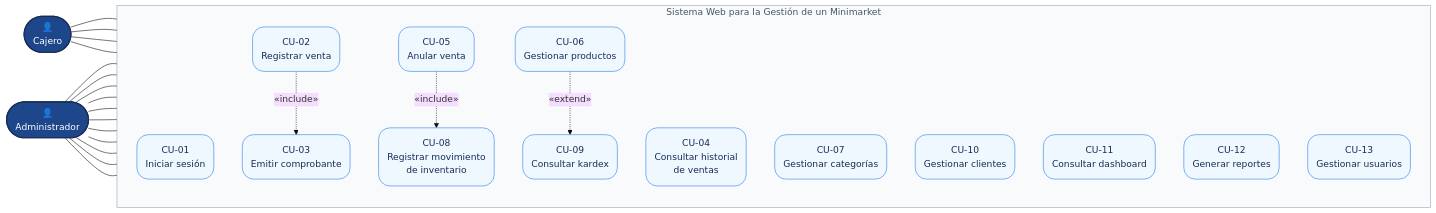
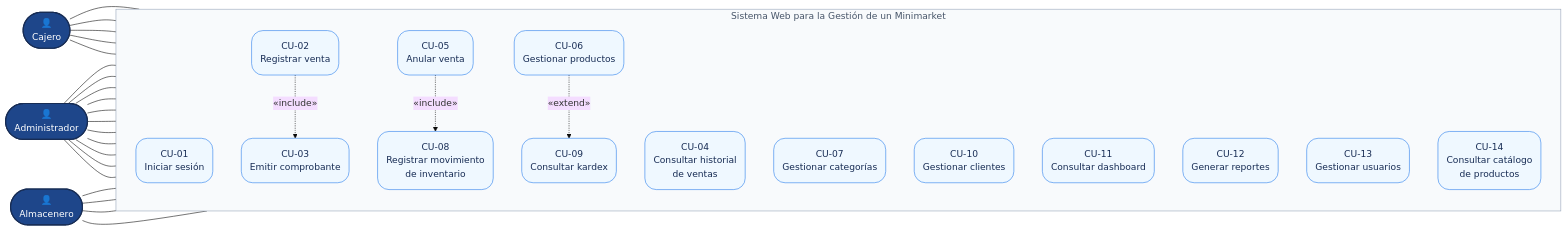
One commit to ANDREGR2026/minimarket-el-ahorro changed the diagram in docs/diagramas/01_casos_de_uso.mmd. Above: the diagram before and after it, drawn with Mermaid (base theme). The commit also changed 24 other files, not shown here.

```diff
--- a/docs/diagramas/01_casos_de_uso.mmd
+++ b/docs/diagramas/01_casos_de_uso.mmd
@@ -1,48 +1,56 @@
 flowchart LR
     classDef actor fill:#1e468a,stroke:#172c54,color:#ffffff,stroke-width:2px
     classDef caso fill:#eff8ff,stroke:#257aeb,color:#172c54,rx:20,ry:20
     classDef sistema fill:#f8fafc,stroke:#94a3b8,color:#475569
 
     ADMIN(["👤<br/>Administrador"]):::actor
     CAJERO(["👤<br/>Cajero"]):::actor
+    ALMACENERO(["👤<br/>Almacenero"]):::actor
 
     subgraph SISTEMA["Sistema Web para la Gestión de un Minimarket"]
         direction TB
 
         CU01("CU-01<br/>Iniciar sesión"):::caso
         CU02("CU-02<br/>Registrar venta"):::caso
         CU03("CU-03<br/>Emitir comprobante"):::caso
         CU04("CU-04<br/>Consultar historial<br/>de ventas"):::caso
         CU05("CU-05<br/>Anular venta"):::caso
         CU06("CU-06<br/>Gestionar productos"):::caso
         CU07("CU-07<br/>Gestionar categorías"):::caso
         CU08("CU-08<br/>Registrar movimiento<br/>de inventario"):::caso
         CU09("CU-09<br/>Consultar kardex"):::caso
         CU10("CU-10<br/>Gestionar clientes"):::caso
         CU11("CU-11<br/>Consultar dashboard"):::caso
         CU12("CU-12<br/>Generar reportes"):::caso
         CU13("CU-13<br/>Gestionar usuarios"):::caso
+        CU14("CU-14<br/>Consultar catálogo<br/>de productos"):::caso
     end
 
     class SISTEMA sistema
 
     CAJERO --- CU01
     CAJERO --- CU02
     CAJERO --- CU04
     CAJERO --- CU10
+    CAJERO --- CU14
 
     ADMIN --- CU01
     ADMIN --- CU02
     ADMIN --- CU05
     ADMIN --- CU06
     ADMIN --- CU07
     ADMIN --- CU08
     ADMIN --- CU09
     ADMIN --- CU10
     ADMIN --- CU11
     ADMIN --- CU12
     ADMIN --- CU13
 
+    ALMACENERO --- CU01
+    ALMACENERO --- CU08
+    ALMACENERO --- CU09
+    ALMACENERO --- CU14
+
     CU02 -.->|"&laquo;include&raquo;"| CU03
     CU05 -.->|"&laquo;include&raquo;"| CU08
     CU06 -.->|"&laquo;extend&raquo;"| CU09
```
